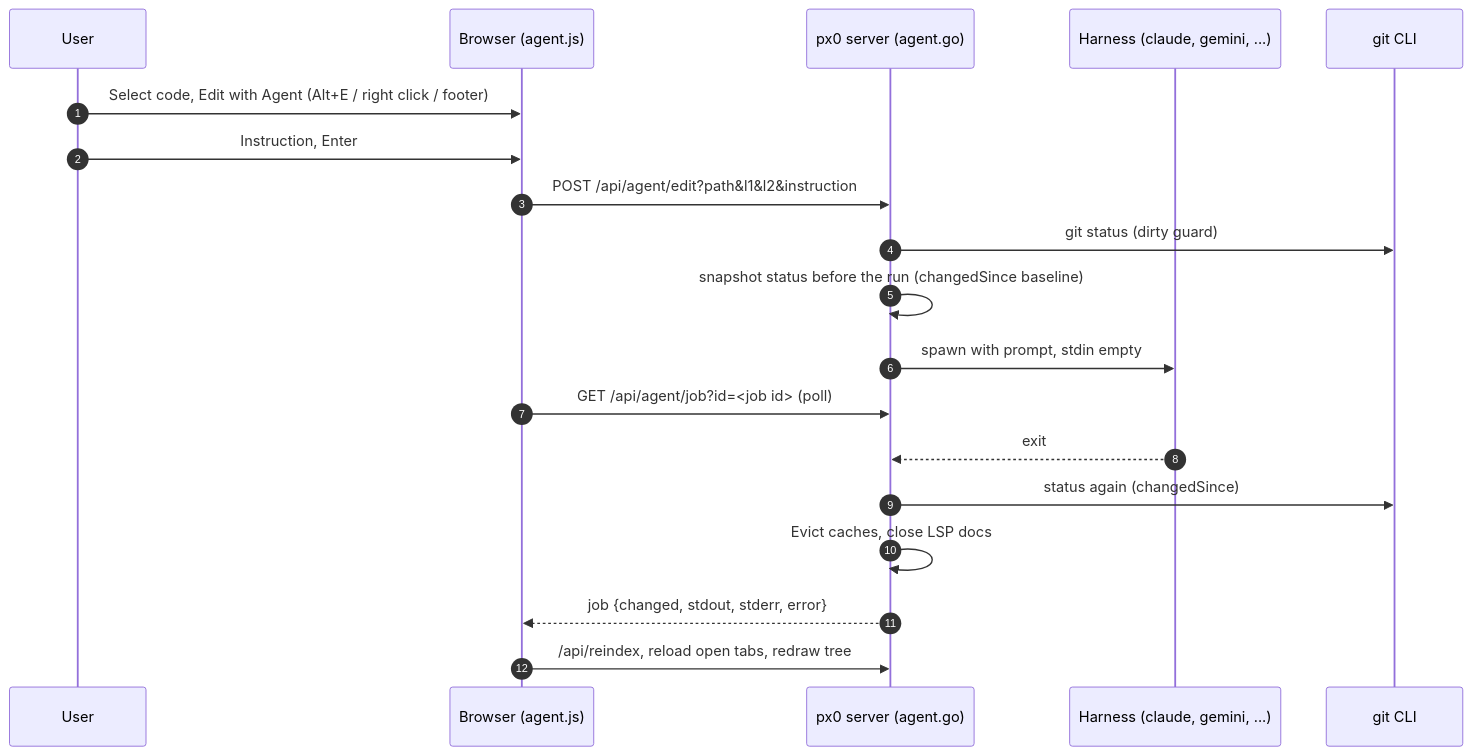
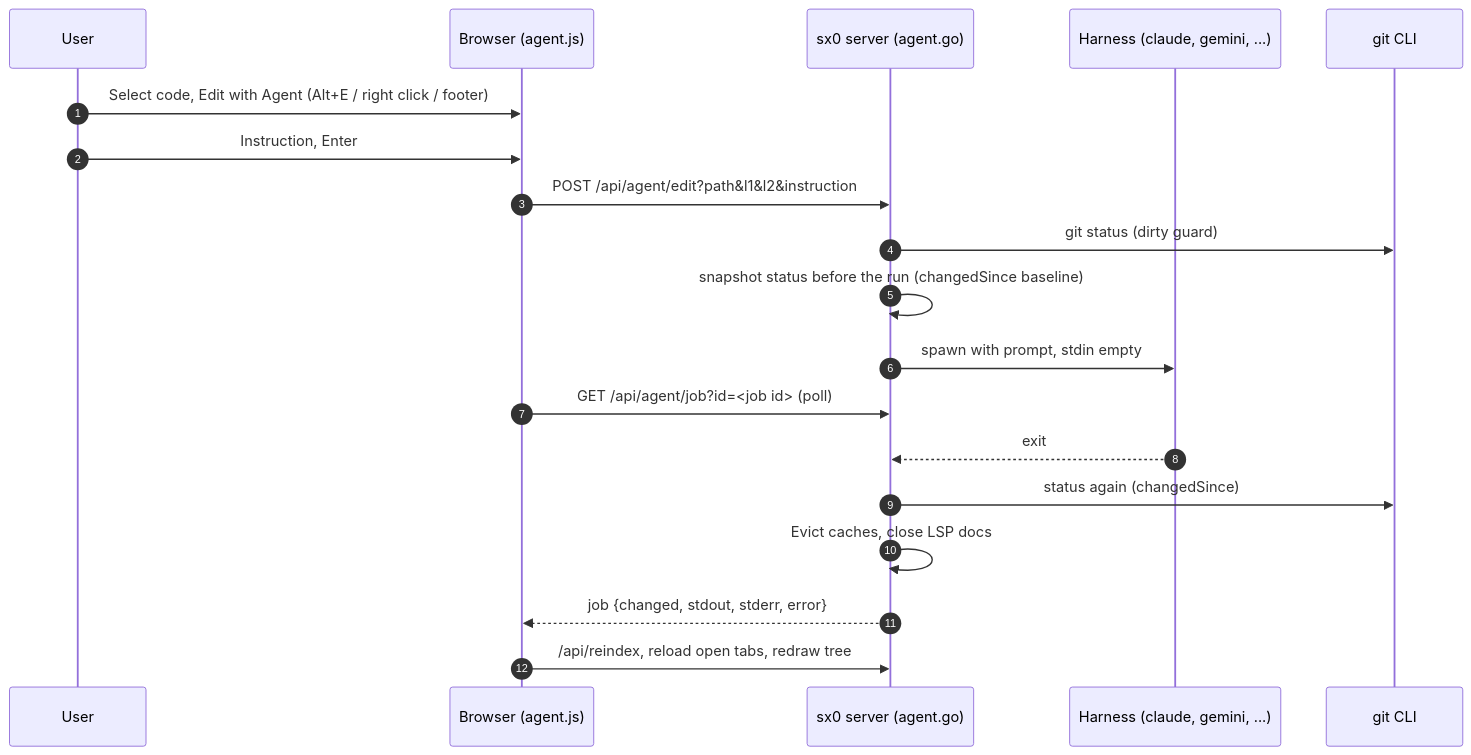
The diagram in docs/internals/agent-editing.md (bookee-soumyaz13/sx0), drawn with Mermaid before and after one commit. The commit also changed other lines of this file and 83 other files, not shown here.

````diff
--- a/docs/internals/agent-editing.md
+++ b/docs/internals/agent-editing.md
@@ -26,22 +26,22 @@
 ```mermaid
 sequenceDiagram
     autonumber
     participant U as User
     participant UI as Browser (agent.js)
-    participant S as px0 server (agent.go)
+    participant S as sx0 server (agent.go)
     participant H as Harness (claude, gemini, ...)
     participant G as git CLI
 
     U->>UI: Select code, Edit with Agent (Alt+E / right click / footer)
     U->>UI: Instruction, Enter
     UI->>S: POST /api/agent/edit?path&l1&l2&instruction
     S->>G: git status (dirty guard)
     S->>S: snapshot status before the run (changedSince baseline)
     S->>H: spawn with prompt, stdin empty
     UI->>S: GET /api/agent/job?id=<job id> (poll)
     H-->>S: exit
     S->>G: status again (changedSince)
     S->>S: Evict caches, close LSP docs
     S-->>UI: job {changed, stdout, stderr, error}
     UI->>S: /api/reindex, reload open tabs, redraw tree
 ```
````
